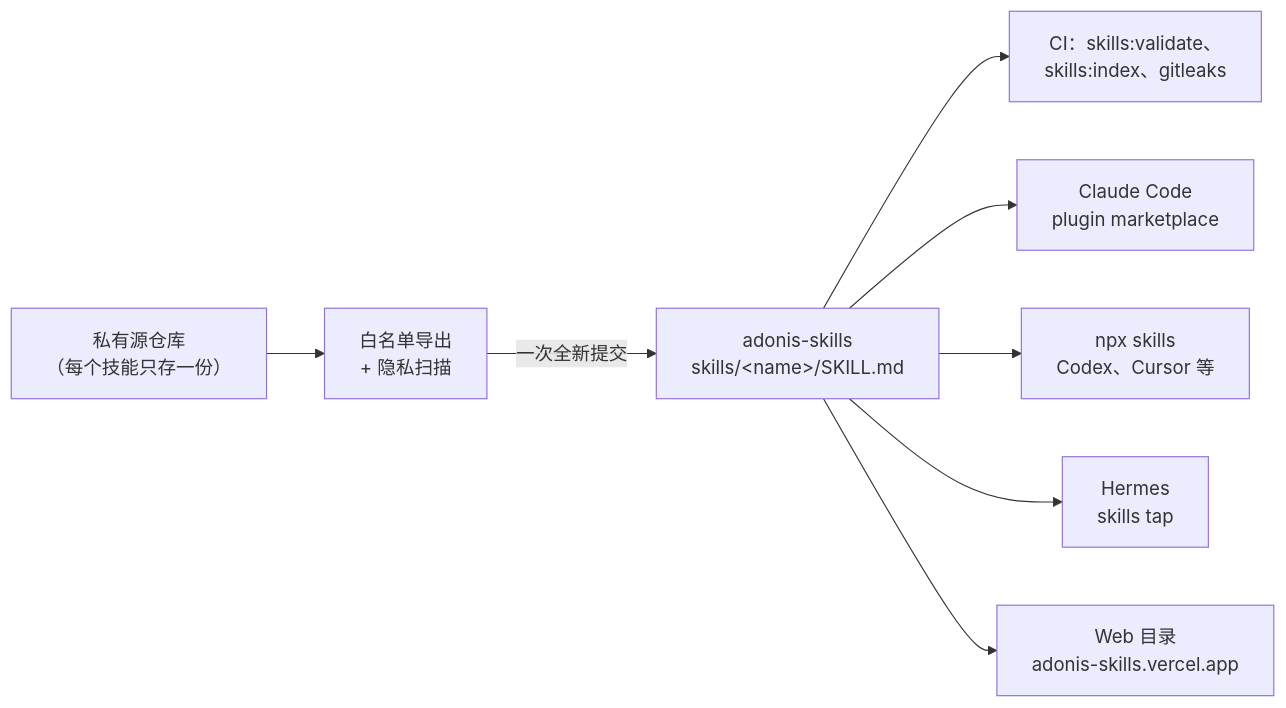
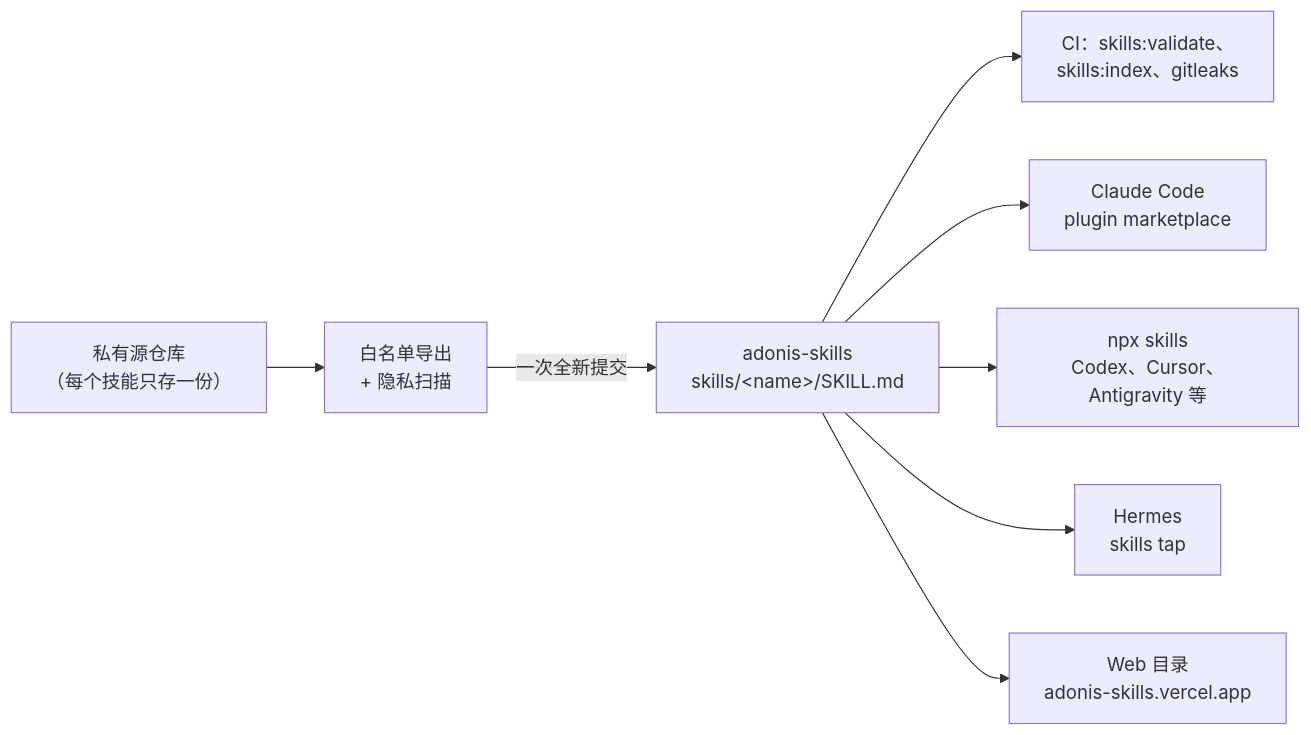
The diagram in README.zh-CN.md (Adonis0123/adonis-skills), drawn with Mermaid before and after one commit. The commit also changed other lines of this file and 94 other files, not shown here.

First line of the commit message:
✨ feat(skills): support Antigravity across 18 owned skills and catalog

````diff
--- a/README.zh-CN.md
+++ b/README.zh-CN.md
@@ -128,10 +128,10 @@
 ```mermaid
 flowchart LR
   src["私有源仓库<br/>（每个技能只存一份）"] --> exp["白名单导出<br/>+ 隐私扫描"]
   exp -->|"一次全新提交"| repo["adonis-skills<br/>skills/&lt;name&gt;/SKILL.md"]
   repo --> ci["CI：skills:validate、<br/>skills:index、gitleaks"]
   repo --> cc["Claude Code<br/>plugin marketplace"]
-  repo --> npx["npx skills<br/>Codex、Cursor 等"]
+  repo --> npx["npx skills<br/>Codex、Cursor、Antigravity 等"]
   repo --> hm["Hermes<br/>skills tap"]
   repo --> web["Web 目录<br/>adonis-skills.vercel.app"]
 ```
````
